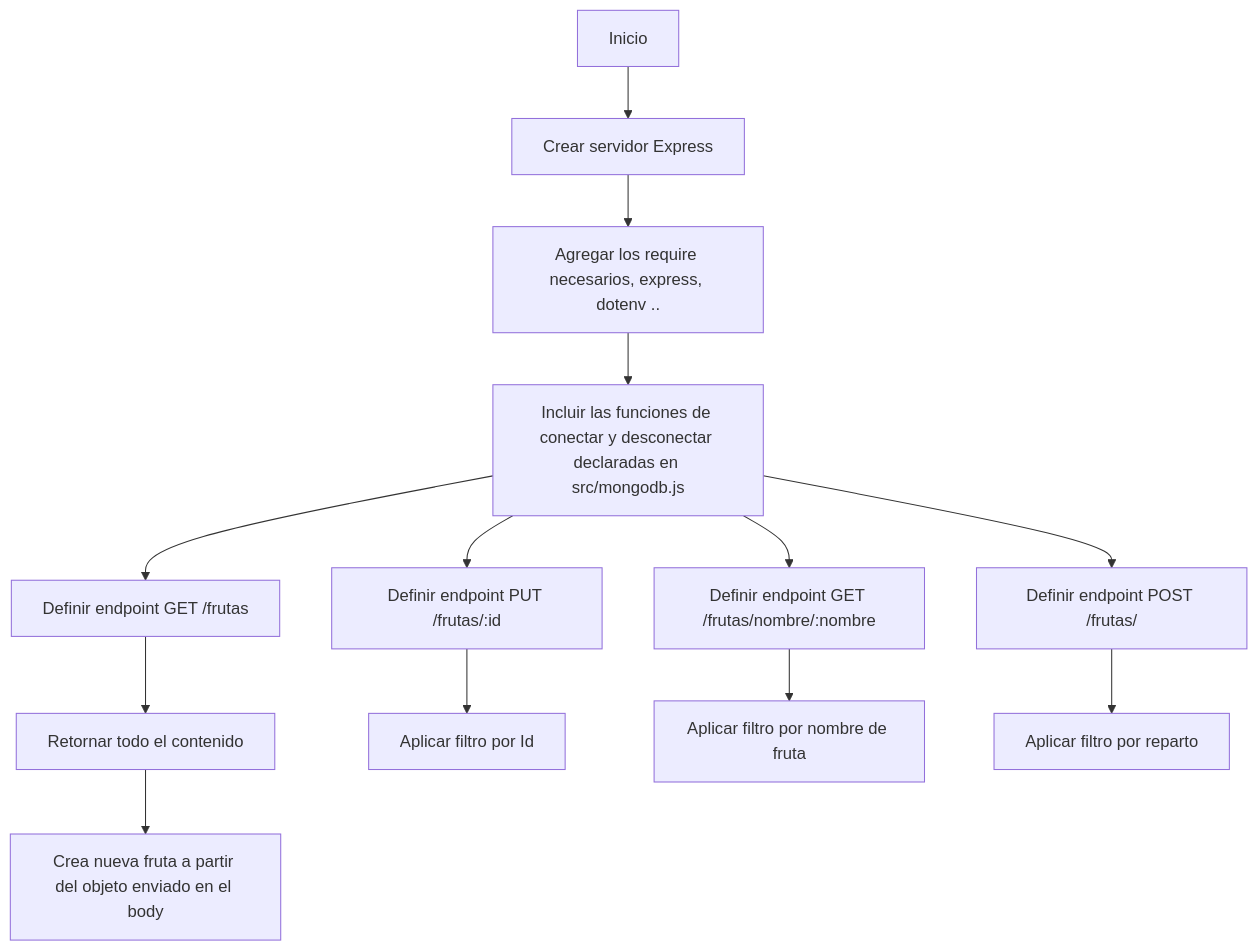
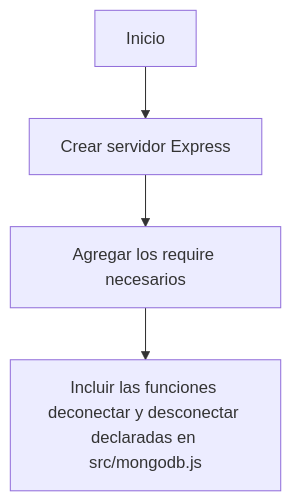
The second of 2 diagrams in README.md (carolinamendez0/IngeniasTpIntegrador), drawn with Mermaid before and after one commit.

Commit message:
Se agregó la documentación del Api Frutas con grafico

````diff
--- a/README.md
+++ b/README.md
@@ -142,15 +142,6 @@
 ```mermaid
 graph TD
   A[Inicio] --> B[Crear servidor Express]
-  B --> C[Agregar los require necesarios, express, dotenv ..]
-  C --> D[Incluir las funciones de conectar y desconectar declaradas en src/mongodb.js]
-  D --> E[Definir endpoint GET /frutas]
-  D --> F[Definir endpoint PUT /frutas/:id]
-  D --> G[Definir endpoint GET /frutas/nombre/:nombre]
-  D --> H[Definir endpoint POST /frutas/]
-  E --> I[Retornar todo el contenido]
-  F --> J[Aplicar filtro por Id]
-  G --> K[Aplicar filtro por nombre de fruta]
-  H --> L[Aplicar filtro por reparto]
-  I --> M[Crea nueva fruta a partir del objeto enviado en el body]
+  B --> C[Agregar los require necesarios]
+  C --> D[Incluir las funciones deconectar y desconectar declaradas en src/mongodb.js]
 ```
````
